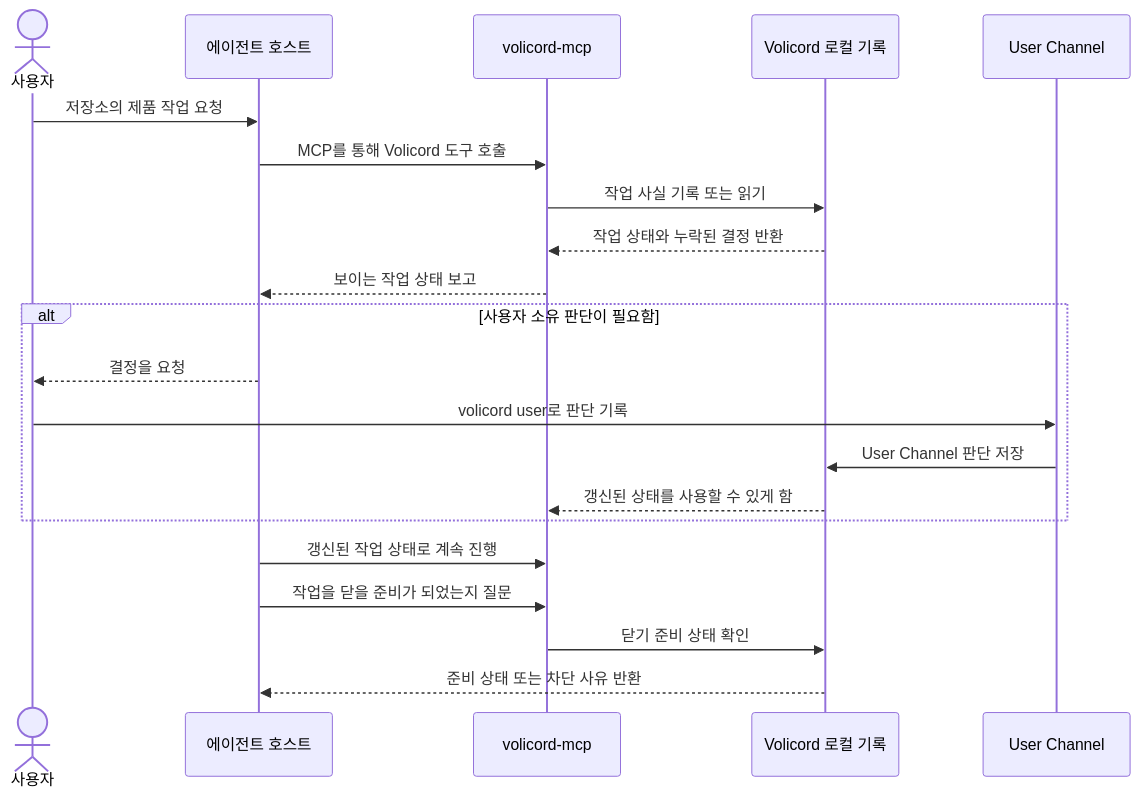
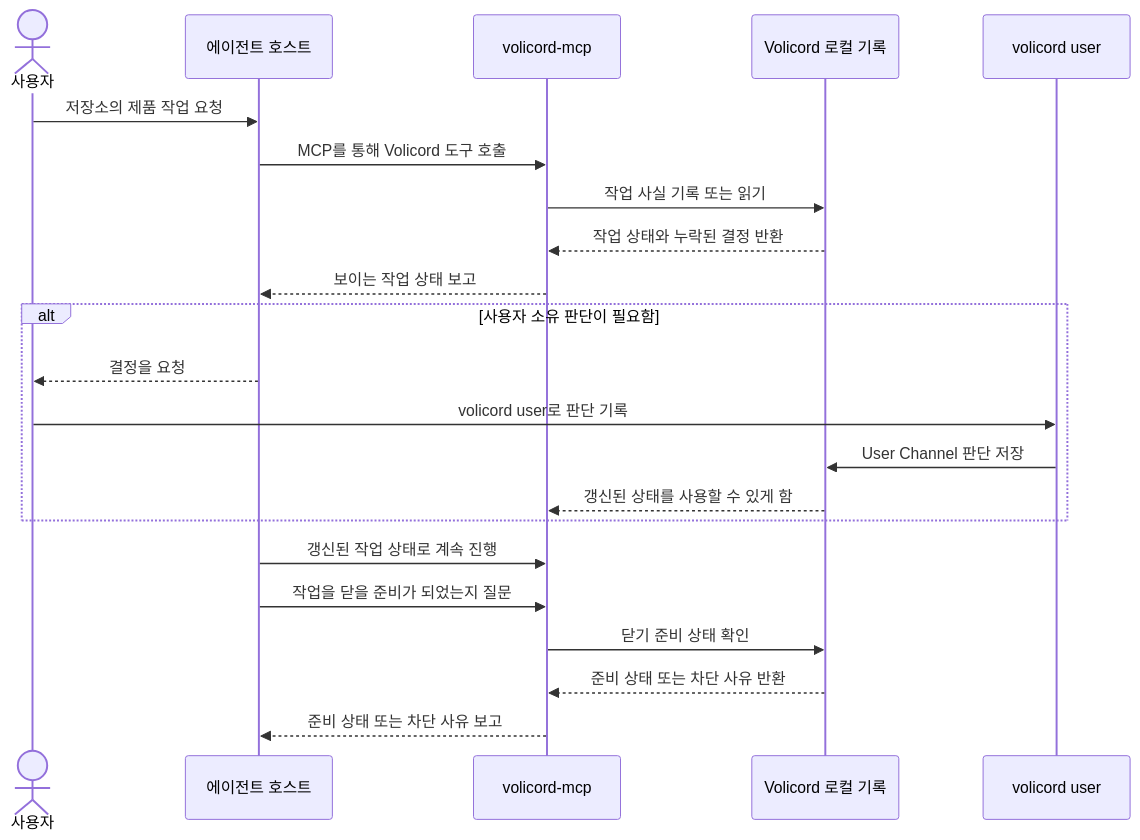
The first of 2 diagrams in README.ko.md (minjungw00/Volicord), drawn with Mermaid before and after one commit. The commit also changed other lines of this file and 1 other file, not shown here.

Commit message:
docs: refine diagram explanations

````diff
--- a/README.ko.md
+++ b/README.ko.md
@@ -116,24 +116,25 @@
 ```mermaid
 sequenceDiagram
   actor You as 사용자
   participant Host as 에이전트 호스트
   participant MCP as volicord-mcp
   participant Records as Volicord 로컬 기록
-  participant UserCLI as User Channel
+  participant UserCLI as volicord user
 
   You->>Host: 저장소의 제품 작업 요청
   Host->>MCP: MCP를 통해 Volicord 도구 호출
   MCP->>Records: 작업 사실 기록 또는 읽기
   Records-->>MCP: 작업 상태와 누락된 결정 반환
   MCP-->>Host: 보이는 작업 상태 보고
   alt 사용자 소유 판단이 필요함
     Host-->>You: 결정을 요청
     You->>UserCLI: volicord user로 판단 기록
     UserCLI->>Records: User Channel 판단 저장
     Records-->>MCP: 갱신된 상태를 사용할 수 있게 함
   end
   Host->>MCP: 갱신된 작업 상태로 계속 진행
   Host->>MCP: 작업을 닫을 준비가 되었는지 질문
   MCP->>Records: 닫기 준비 상태 확인
-  Records-->>Host: 준비 상태 또는 차단 사유 반환
+  Records-->>MCP: 준비 상태 또는 차단 사유 반환
+  MCP-->>Host: 준비 상태 또는 차단 사유 보고
 ```
````
